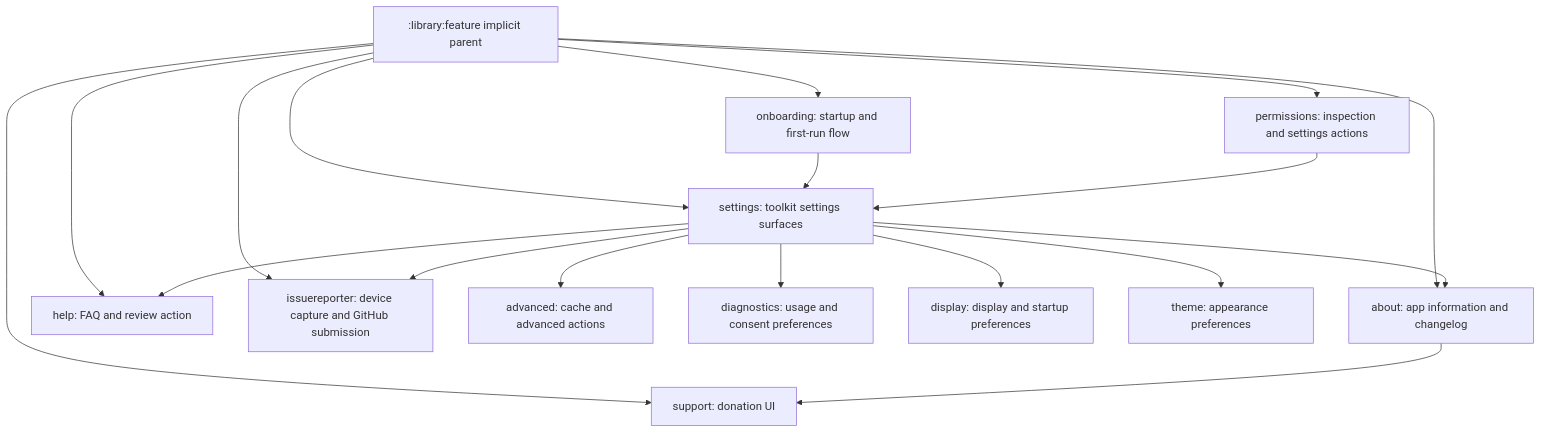
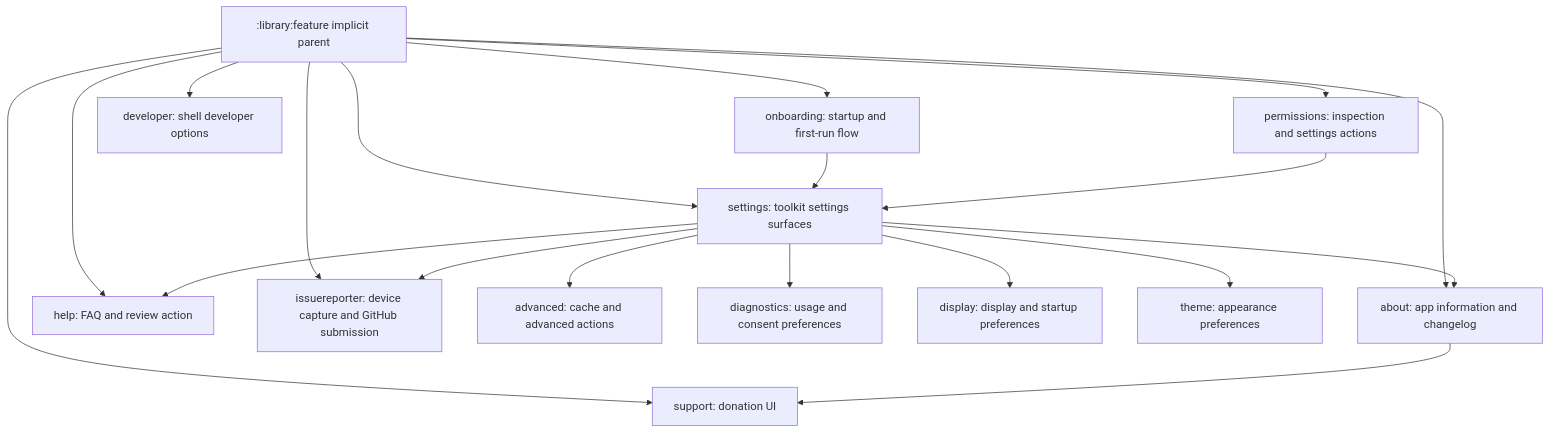
One commit to MihaiCristianCondrea/App-Toolkit-for-Android changed the diagram in library/feature/README.md. Above: the diagram before and after it, drawn with Mermaid. The commit also changed other lines of this file and 130 other files, not shown here.

````diff
--- a/library/feature/README.md
+++ b/library/feature/README.md
@@ -29,20 +29,21 @@
 ```mermaid
 flowchart TD
     Parent[":library:feature implicit parent"] --> About["about: app information and changelog"]
     Parent --> Help["help: FAQ and review action"]
     Parent --> Reporter["issuereporter: device capture and GitHub submission"]
     Parent --> Onboarding["onboarding: startup and first-run flow"]
     Parent --> Permissions["permissions: inspection and settings actions"]
     Parent --> Settings["settings: toolkit settings surfaces"]
     Parent --> Support["support: donation UI"]
+    Parent --> Developer["developer: shell developer options"]
     Settings --> Advanced["advanced: cache and advanced actions"]
     Settings --> Diagnostics["diagnostics: usage and consent preferences"]
     Settings --> Display["display: display and startup preferences"]
     Settings --> Theme["theme: appearance preferences"]
     Settings --> About
     Settings --> Help
     Settings --> Reporter
     Onboarding --> Settings
     Permissions --> Settings
     About --> Support
 ```
````
